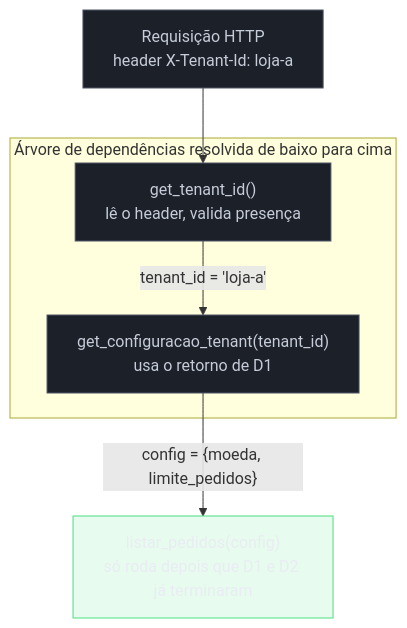
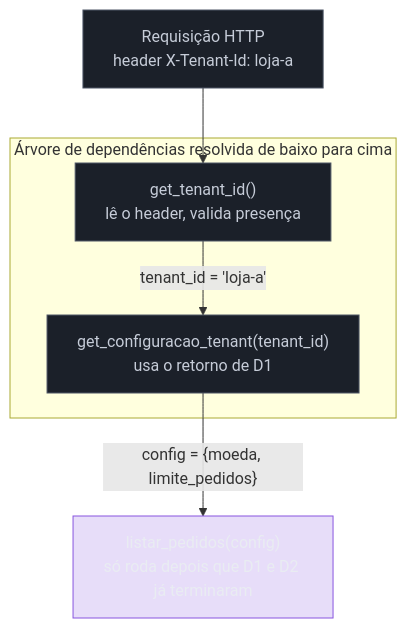
Before and after one commit to josenaldo/codex-technomanticus: the first of 2 diagrams in 03-Dominios/Tecnologia/Python/Web e APIs REST/04 - Injeção de dependência no FastAPI — Depends.md, drawn with Mermaid. The commit also changed 601 other files, not shown here.

````diff
--- a/03-Dominios/Tecnologia/Python/Web e APIs REST/04 - Injeção de dependência no FastAPI — Depends.md
+++ b/03-Dominios/Tecnologia/Python/Web e APIs REST/04 - Injeção de dependência no FastAPI — Depends.md
@@ -190,22 +190,22 @@
 ```mermaid
 flowchart TB
+    classDef marca fill:#8855DF33,stroke:#8855DF,color:#E9ECF2
     classDef neutro fill:#1B2029,stroke:#4E5666,color:#C6CCD8
-    classDef ok fill:#4ADE8021,stroke:#4ADE80,color:#E9ECF2
     REQ["Requisição HTTP\nheader X-Tenant-Id: loja-a"]
 
     subgraph Arvore["Árvore de dependências resolvida de baixo para cima"]
         D1["get_tenant_id()\nlê o header, valida presença"]
         D2["get_configuracao_tenant(tenant_id)\nusa o retorno de D1"]
     end
 
     HANDLER["listar_pedidos(config)\nsó roda depois que D1 e D2 já terminaram"]
 
     REQ --> D1
     D1 -->|"tenant_id = 'loja-a'"| D2
     D2 -->|"config = {moeda, limite_pedidos}"| HANDLER
 
     class REQ neutro
     class D1 neutro
     class D2 neutro
-    class HANDLER ok
+    class HANDLER marca
 ```
````
